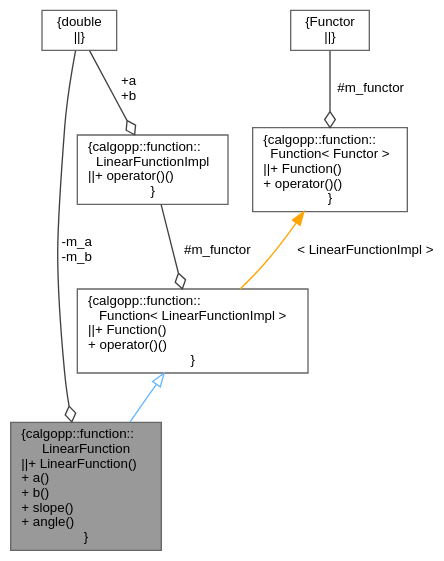
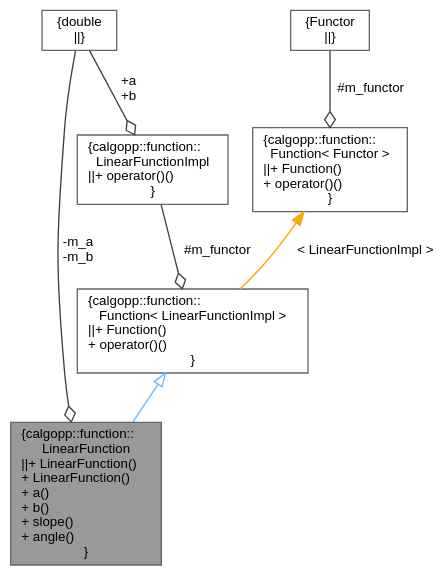
The diagram in classcalgopp_1_1function_1_1LinearFunction__coll__graph.dot (pawelekg95/algopp), drawn with Graphviz before and after one commit. The commit also changed 26 other files, not shown here.

```diff
--- a/classcalgopp_1_1function_1_1LinearFunction__coll__graph.dot
+++ b/classcalgopp_1_1function_1_1LinearFunction__coll__graph.dot
@@ -1,19 +1,19 @@
 digraph "calgopp::function::LinearFunction"
 {
  // LATEX_PDF_SIZE
   bgcolor="transparent";
   edge [fontname=Helvetica,fontsize=10,labelfontname=Helvetica,labelfontsize=10];
   node [fontname=Helvetica,fontsize=10,shape=box,height=0.2,width=0.4];
-  Node1 [label="{calgopp::function::\lLinearFunction\n||+ LinearFunction()\l+ a()\l+ b()\l+ slope()\l+ angle()\l}",height=0.2,width=0.4,color="gray40", fillcolor="grey60", style="filled", fontcolor="black",tooltip=" "];
+  Node1 [label="{calgopp::function::\lLinearFunction\n||+ LinearFunction()\l+ LinearFunction()\l+ a()\l+ b()\l+ slope()\l+ angle()\l}",height=0.2,width=0.4,color="gray40", fillcolor="grey60", style="filled", fontcolor="black",tooltip=" "];
   Node2 -> Node1 [dir="back",color="steelblue1",style="solid",arrowtail="onormal"];
   Node2 [label="{calgopp::function::\lFunction\< LinearFunctionImpl \>\n||+ Function()\l+ operator()()\l}",height=0.2,width=0.4,color="gray40", fillcolor="white", style="filled",URL="$classcalgopp_1_1function_1_1Function.html",tooltip=" "];
   Node3 -> Node2 [color="grey25",style="solid",label=" #m_functor" ,arrowhead="odiamond"];
   Node3 [label="{calgopp::function::\lLinearFunctionImpl\n||+ operator()()\l}",height=0.2,width=0.4,color="gray40", fillcolor="white", style="filled",URL="$structcalgopp_1_1function_1_1LinearFunctionImpl.html",tooltip=" "];
   Node4 -> Node3 [color="grey25",style="solid",label=" +a\n+b" ,arrowhead="odiamond"];
   Node4 [label="{double\n||}",height=0.2,width=0.4,color="gray40", fillcolor="white", style="filled",tooltip=" "];
   Node5 -> Node2 [dir="back",color="orange",style="solid",label=" \< LinearFunctionImpl \>" ];
   Node5 [label="{calgopp::function::\lFunction\< Functor \>\n||+ Function()\l+ operator()()\l}",height=0.2,width=0.4,color="gray40", fillcolor="white", style="filled",URL="$classcalgopp_1_1function_1_1Function.html",tooltip=" "];
   Node6 -> Node5 [color="grey25",style="solid",label=" #m_functor" ,arrowhead="odiamond"];
   Node6 [label="{Functor\n||}",height=0.2,width=0.4,color="gray40", fillcolor="white", style="filled",tooltip=" "];
   Node4 -> Node1 [color="grey25",style="solid",label=" -m_a\n-m_b" ,arrowhead="odiamond"];
 }
```
